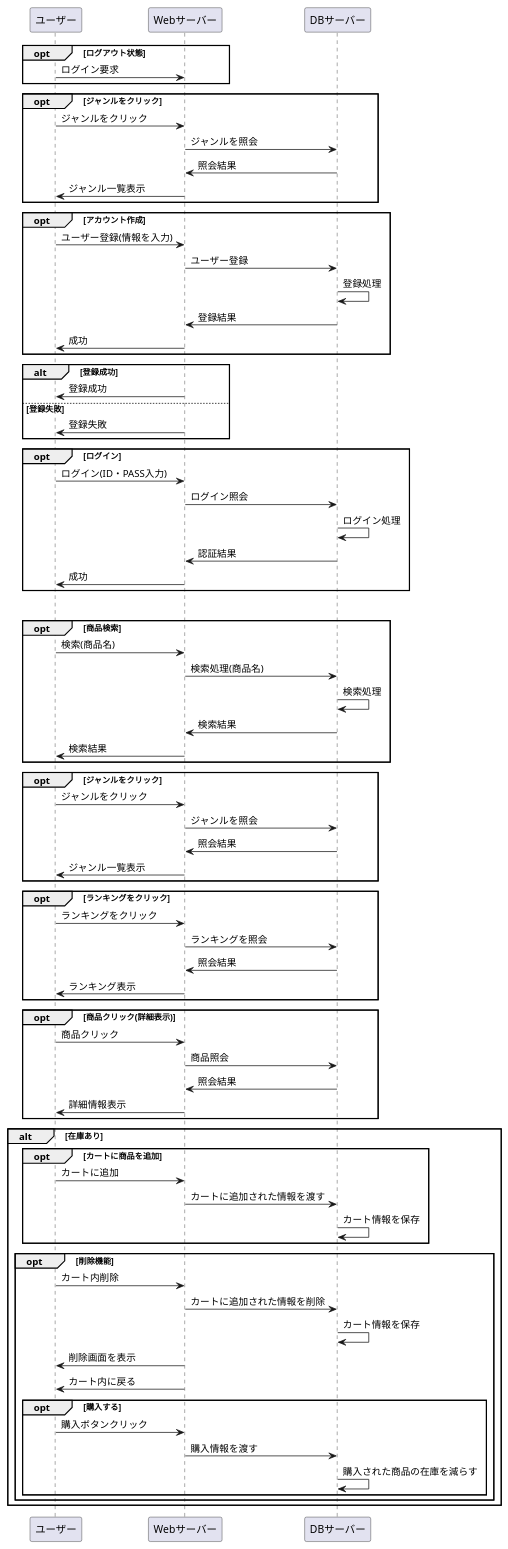
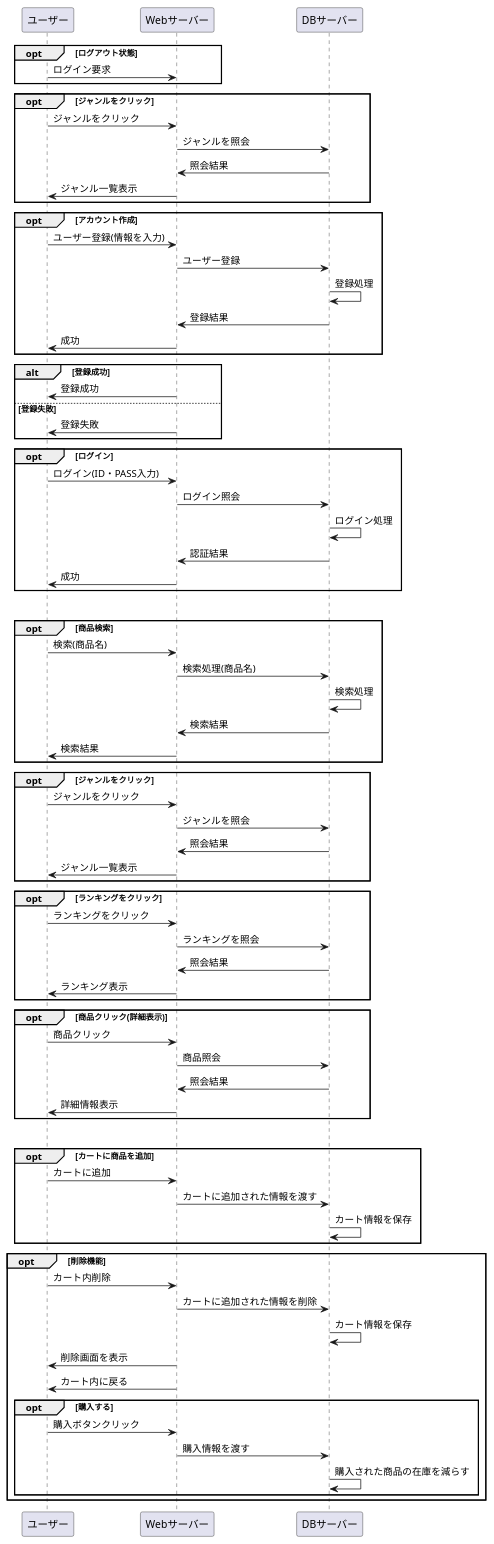
The diagram in stationary/業務フロー/ren.md (Aso2001154/2021sys-design), drawn with PlantUML before and after one commit.

````diff
--- a/stationary/業務フロー/ren.md
+++ b/stationary/業務フロー/ren.md
@@ -86,8 +86,6 @@
 DBサーバー -> DBサーバー : 購入された商品の在庫を減らす
 end 
 end
-end
-
 
 @enduml
 ```
````
